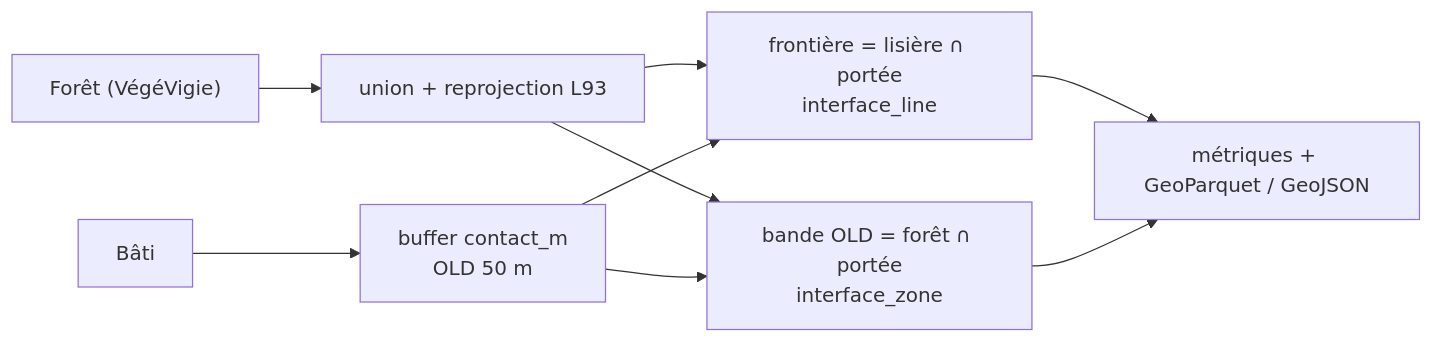
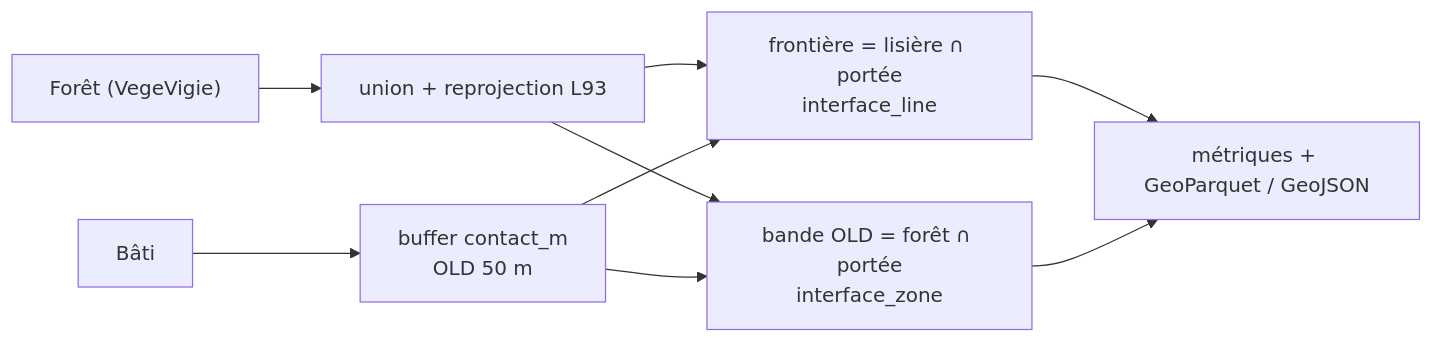
The fourth of 10 diagrams in README.md (BastienLebrou/portefolio_project), drawn with Mermaid before and after one commit. The commit also changed other lines of this file, not shown here.

````diff
--- a/README.md
+++ b/README.md
@@ -129,11 +181,11 @@
 ```mermaid
 flowchart LR
-    A["Forêt (VégéVigie)"] --> U["union + reprojection L93"]
+    A["Forêt (VegeVigie)"] --> U["union + reprojection L93"]
     B["Bâti"] --> R["buffer contact_m<br/>OLD 50 m"]
     U --> L["frontière = lisière ∩ portée<br/>interface_line"]
     R --> L
     U --> Z["bande OLD = forêt ∩ portée<br/>interface_zone"]
     R --> Z
     L --> O["métriques + GeoParquet / GeoJSON"]
     Z --> O
 ```
````
